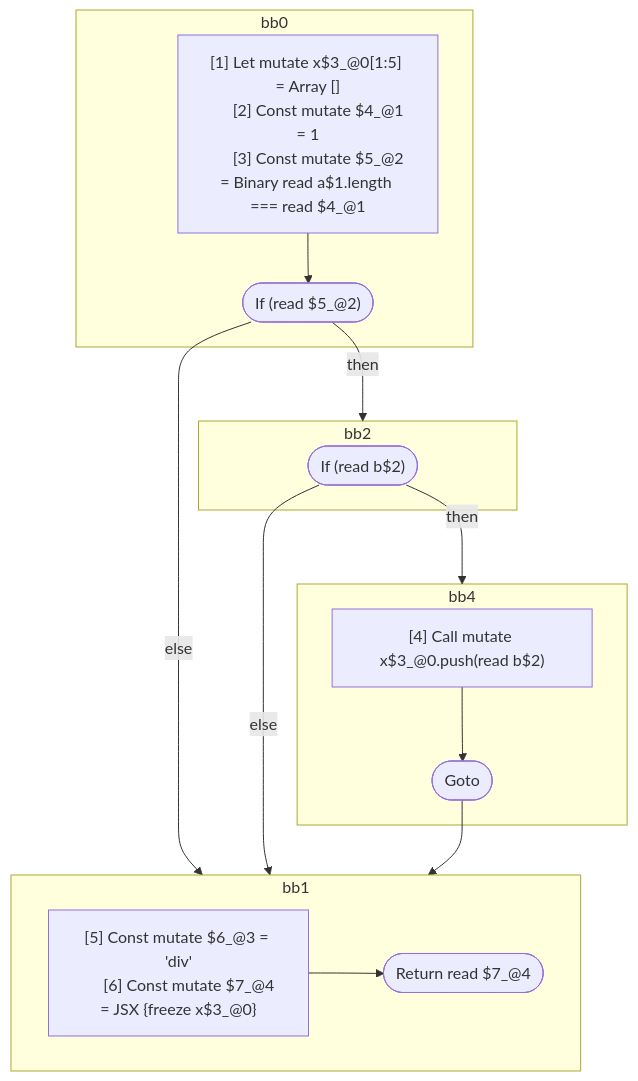
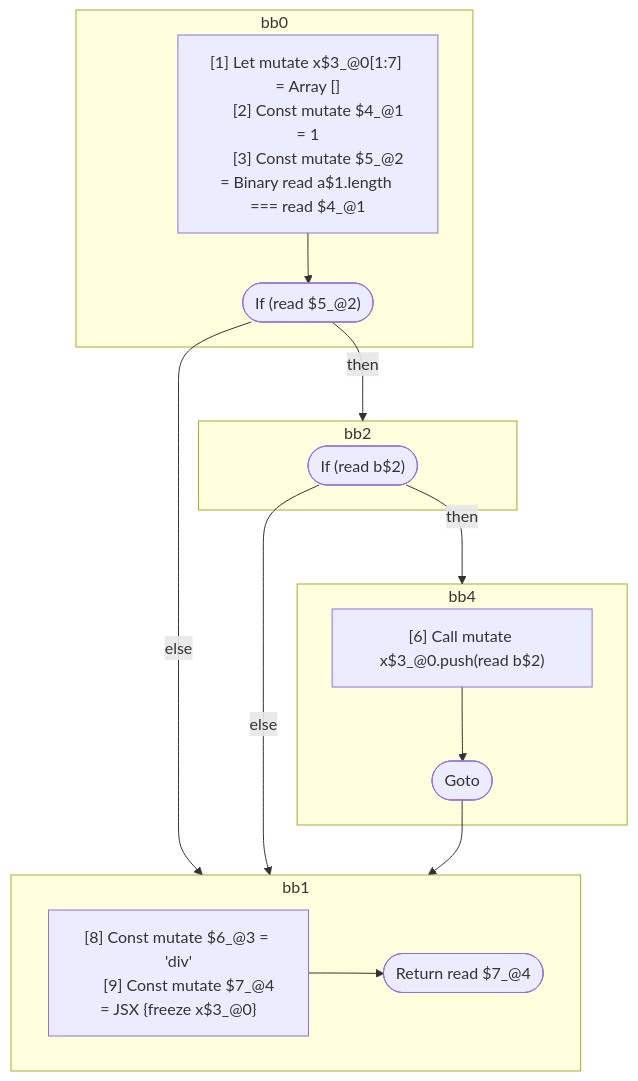
Before and after one commit to wutsmog/private: the diagram in compiler/forget/src/__tests__/fixtures/hir/reactive-scopes.expect.md, drawn with Mermaid. The commit also changed other lines of this file and 61 other files, not shown here.

````diff
--- a/compiler/forget/src/__tests__/fixtures/hir/reactive-scopes.expect.md
+++ b/compiler/forget/src/__tests__/fixtures/hir/reactive-scopes.expect.md
@@ -42,36 +42,36 @@
 ```mermaid
 flowchart TB
   %% Basic Blocks
   subgraph bb0
     bb0_instrs["
-      [1] Let mutate x$3_@0[1:5] = Array []
+      [1] Let mutate x$3_@0[1:7] = Array []
       [2] Const mutate $4_@1 = 1
       [3] Const mutate $5_@2 = Binary read a$1.length === read $4_@1
     "]
     bb0_instrs --> bb0_terminal(["If (read $5_@2)"])
   end
   subgraph bb2
     bb2_terminal(["If (read b$2)"])
   end
   subgraph bb4
     bb4_instrs["
-      [4] Call mutate x$3_@0.push(read b$2)
+      [6] Call mutate x$3_@0.push(read b$2)
     "]
     bb4_instrs --> bb4_terminal(["Goto"])
   end
   subgraph bb1
     bb1_instrs["
-      [5] Const mutate $6_@3 = 'div'
-      [6] Const mutate $7_@4 = JSX <read $6_@3>{freeze x$3_@0}</read $6_@3>
+      [8] Const mutate $6_@3 = 'div'
+      [9] Const mutate $7_@4 = JSX <read $6_@3>{freeze x$3_@0}</read $6_@3>
     "]
     bb1_instrs --> bb1_terminal(["Return read $7_@4"])
   end
 
   %% Jumps
   bb0_terminal -- "then" --> bb2
   bb0_terminal -- "else" --> bb1
   bb2_terminal -- "then" --> bb4
   bb2_terminal -- "else" --> bb1
   bb4_terminal --> bb1
 
 ```
````
